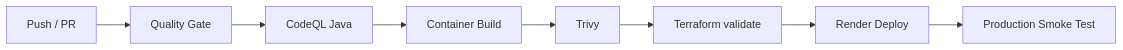
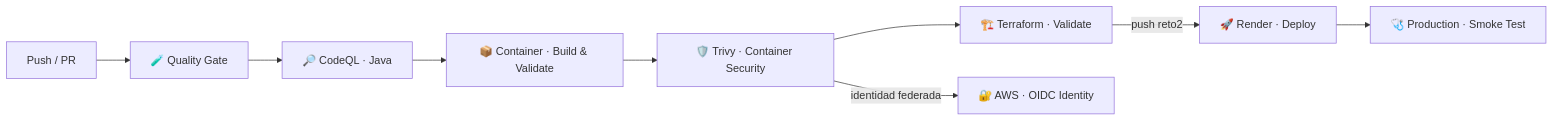
Diagram 19 of 20 in README.md (lisudea/technical-test-2026-2), drawn with Mermaid before and after one commit. The commit also changed other lines of this file, not shown here.

Commit message:
docs(backend): finalize Reto 2 technical documentation

````diff
--- a/README.md
+++ b/README.md
@@ -784,10 +883,11 @@
 ```mermaid
 flowchart LR
-  A[Push / PR] --> B[Quality Gate]
-  B --> C[CodeQL Java]
-  C --> D[Container Build]
-  D --> E[Trivy]
-  E --> F[Terraform validate]
-  F --> G[Render Deploy]
-  G --> H[Production Smoke Test]
+  A[Push / PR] --> B[🧪 Quality Gate]
+  B --> C[🔎 CodeQL · Java]
+  C --> D[📦 Container · Build & Validate]
+  D --> E[🛡️ Trivy · Container Security]
+  E --> F[🏗️ Terraform · Validate]
+  F -->|push reto2| G[🚀 Render · Deploy]
+  G --> H[🩺 Production · Smoke Test]
+  E -->|identidad federada| I[🔐 AWS · OIDC Identity]
 ```
````
